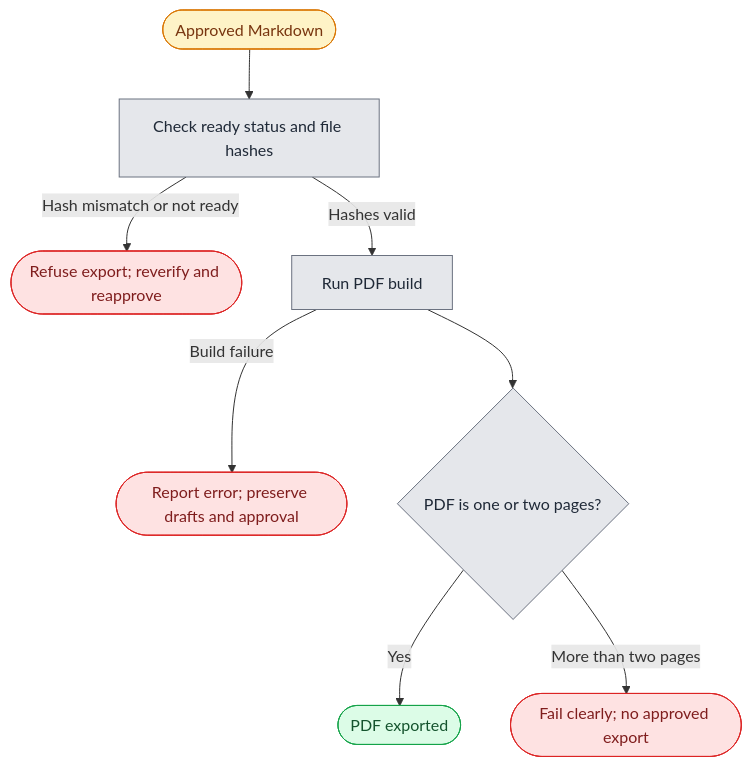
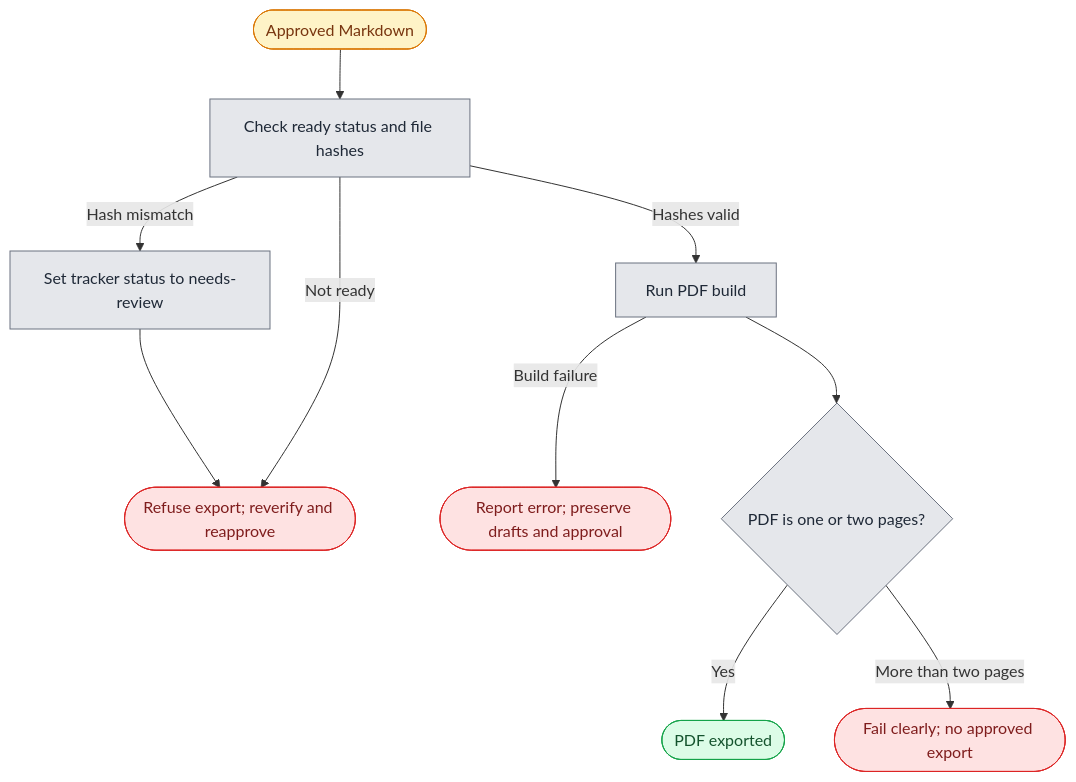
The third of 4 diagrams in docs/PRODUCT-SPEC.md (carriegale2710/master-resume), drawn with Mermaid before and after one commit. The commit also changed other lines of this file, not shown here.

````diff
--- a/docs/PRODUCT-SPEC.md
+++ b/docs/PRODUCT-SPEC.md
@@ -129,19 +132,21 @@
 ```mermaid
 flowchart TD
     A([Approved Markdown]) --> B[Check ready status and file hashes]
-    B -->|Hash mismatch or not ready| C([Refuse export; reverify and reapprove])
-    B -->|Hashes valid| D[Run PDF build]
-    D -->|Build failure| E([Report error; preserve drafts and approval])
-    D --> F{PDF is one or two pages?}
-    F -->|Yes| G([PDF exported])
-    F -->|More than two pages| H([Fail clearly; no approved export])
+    B -->|Hash mismatch| C[Set tracker status to needs-review]
+    C --> D([Refuse export; reverify and reapprove])
+    B -->|Not ready| D
+    B -->|Hashes valid| E[Run PDF build]
+    E -->|Build failure| F([Report error; preserve drafts and approval])
+    E --> G{PDF is one or two pages?}
+    G -->|Yes| H([PDF exported])
+    G -->|More than two pages| I([Fail clearly; no approved export])
     classDef ai fill:#dbeafe,stroke:#2563eb,color:#1e3a8a
     classDef system fill:#e5e7eb,stroke:#6b7280,color:#1f2937
     classDef user fill:#fef3c7,stroke:#d97706,color:#78350f
     classDef success fill:#dcfce7,stroke:#16a34a,color:#14532d
     classDef error fill:#fee2e2,stroke:#dc2626,color:#7f1d1d
     class A user
-    class B,D,F system
-    class C,E,H error
-    class G success
+    class B,C,E,G system
+    class D,F,I error
+    class H success
 ```
````
